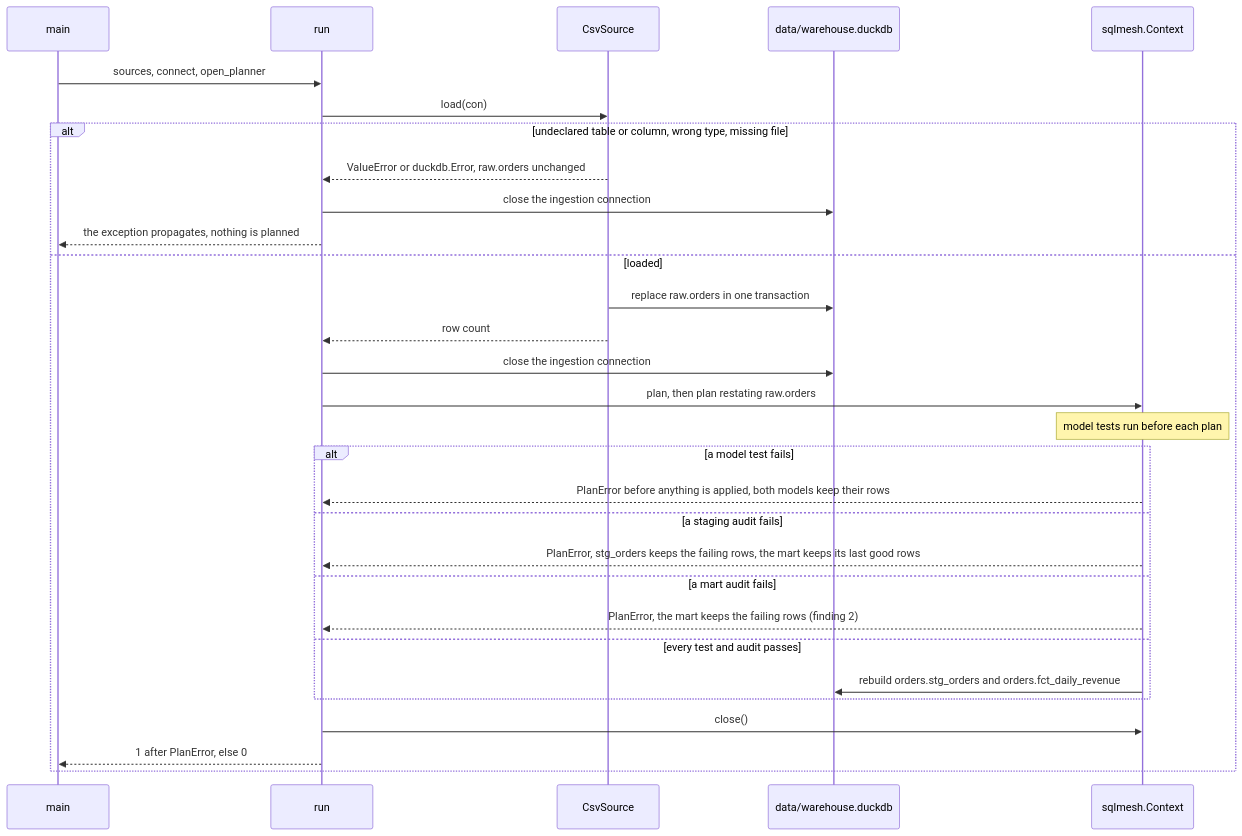
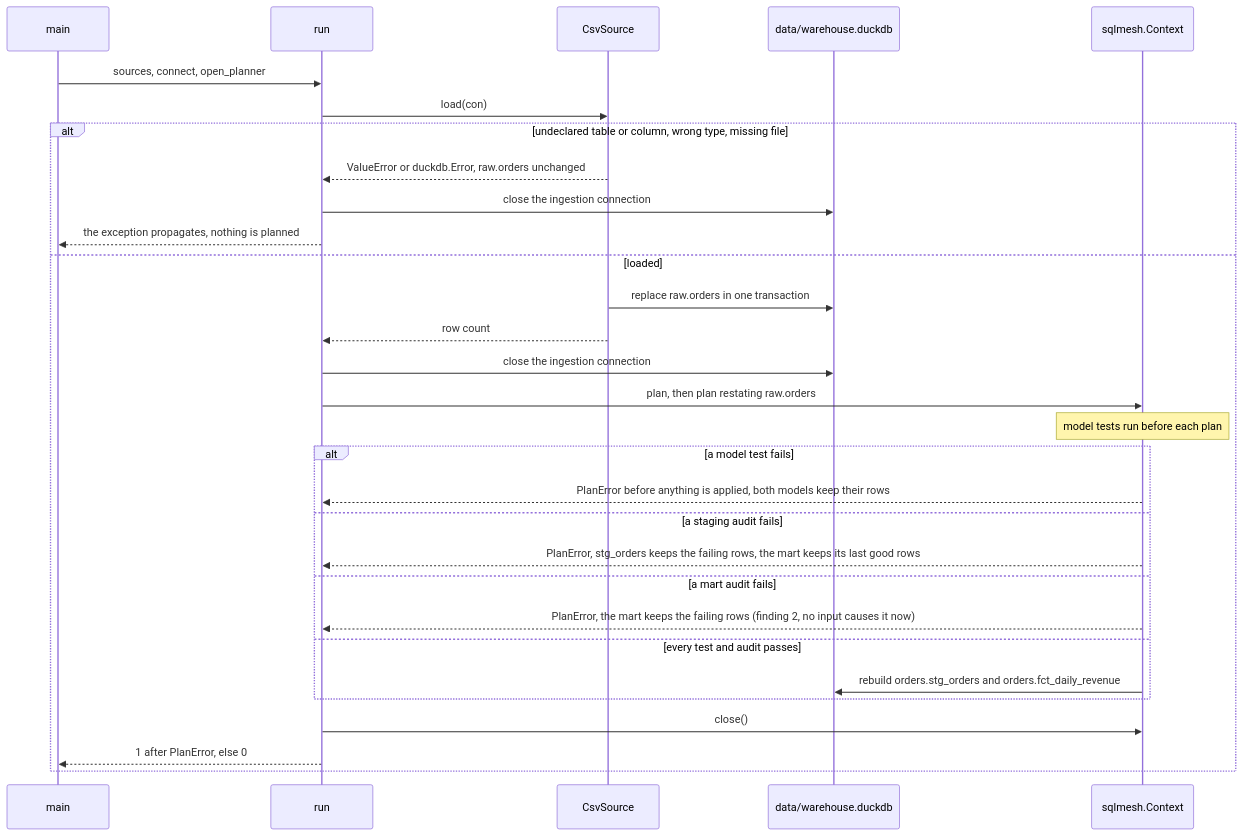
Before and after one commit to CarlosSolrac/template-sqlmesh-duckdb: the fourth of 4 diagrams in docs/design.md, drawn with Mermaid. The commit also changed other lines of this file and 4 other files, not shown here.

````diff
--- a/docs/design.md
+++ b/docs/design.md
@@ -283,32 +285,32 @@
 ```mermaid
 sequenceDiagram
     participant Main as main
     participant Run as run
     participant Csv as CsvSource
     participant DB as data/warehouse.duckdb
     participant SQLMesh as sqlmesh.Context
     Main->>Run: sources, connect, open_planner
     Run->>Csv: load(con)
     alt undeclared table or column, wrong type, missing file
         Csv-->>Run: ValueError or duckdb.Error, raw.orders unchanged
         Run->>DB: close the ingestion connection
         Run-->>Main: the exception propagates, nothing is planned
     else loaded
         Csv->>DB: replace raw.orders in one transaction
         Csv-->>Run: row count
         Run->>DB: close the ingestion connection
         Run->>SQLMesh: plan, then plan restating raw.orders
         Note over SQLMesh: model tests run before each plan
         alt a model test fails
             SQLMesh-->>Run: PlanError before anything is applied, both models keep their rows
         else a staging audit fails
             SQLMesh-->>Run: PlanError, stg_orders keeps the failing rows, the mart keeps its last good rows
         else a mart audit fails
-            SQLMesh-->>Run: PlanError, the mart keeps the failing rows (finding 2)
+            SQLMesh-->>Run: PlanError, the mart keeps the failing rows (finding 2, no input causes it now)
         else every test and audit passes
             SQLMesh->>DB: rebuild orders.stg_orders and orders.fct_daily_revenue
         end
         Run->>SQLMesh: close()
         Run-->>Main: 1 after PlanError, else 0
     end
 ```
````
